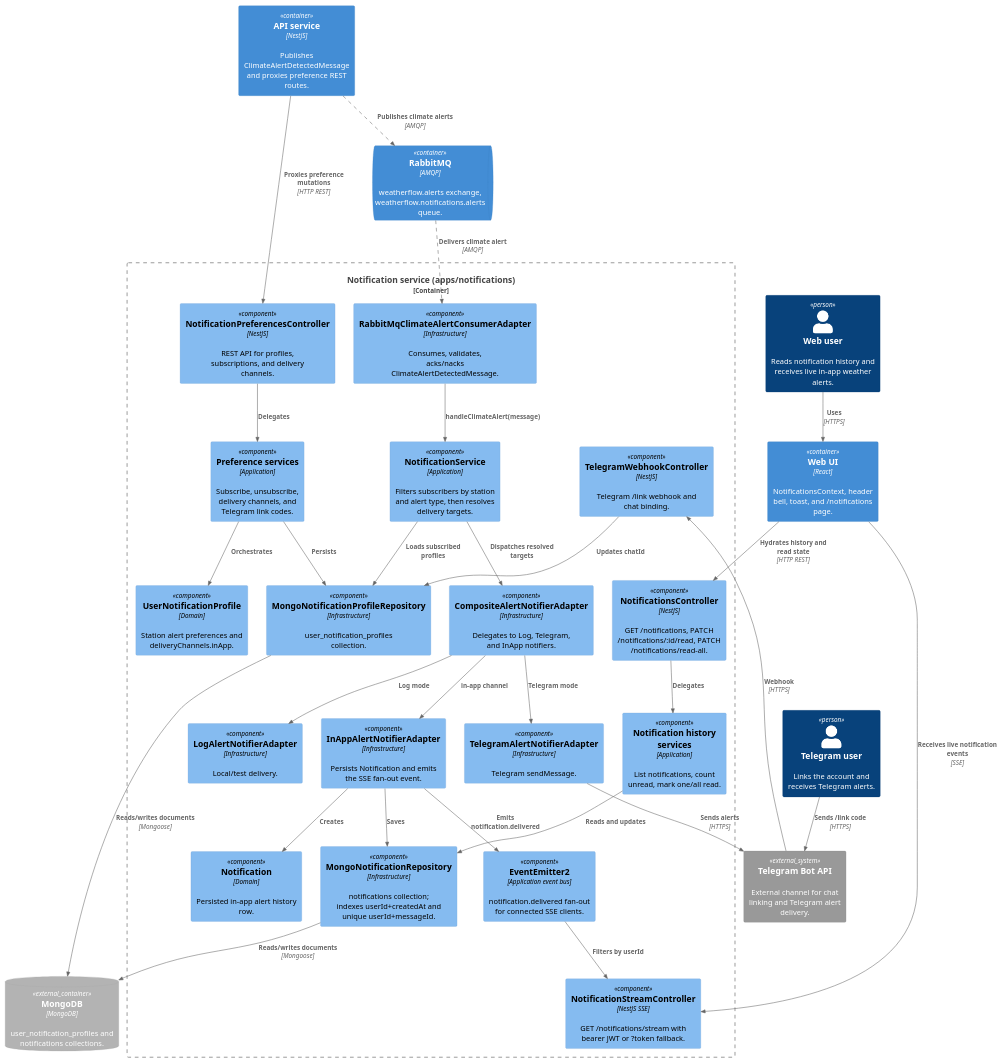
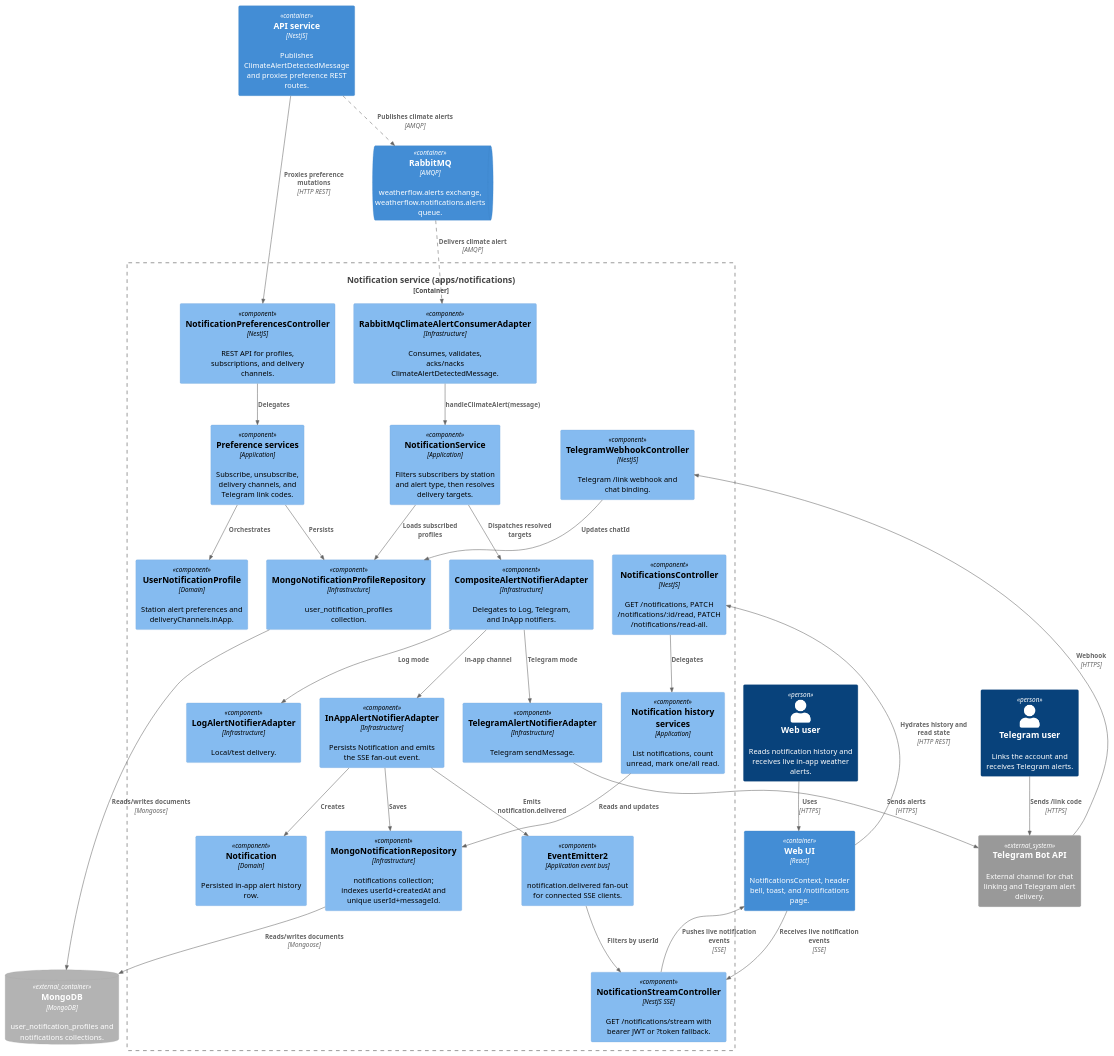
One commit to LattanzioB/WheaterFlow changed the diagram in docs/architecture/c4/c4_level_3_notifications.plantuml. Above: the diagram before and after it, drawn with PlantUML. The commit also changed 3 other files, not shown here.

Commit message:
docs: show web in-app notification delivery

```diff
--- a/docs/architecture/c4/c4_level_3_notifications.plantuml
+++ b/docs/architecture/c4/c4_level_3_notifications.plantuml
@@ -1,70 +1,71 @@
 @startuml c4_level_3_notifications
 !include https://raw.githubusercontent.com/plantuml-stdlib/C4-PlantUML/master/C4_Component.puml
 
 AddRelTag("async", $lineStyle=DashedLine())
 
 LAYOUT_TOP_DOWN()
 
 Person(webUser, "Web user", "Reads notification history and receives live in-app weather alerts.")
 Person(telegramUser, "Telegram user", "Links the account and receives Telegram alerts.")
 
 System_Ext(telegram, "Telegram Bot API", "External channel for chat linking and Telegram alert delivery.")
 
 Container(web, "Web UI", "React", "NotificationsContext, header bell, toast, and /notifications page.")
 Container(api, "API service", "NestJS", "Publishes ClimateAlertDetectedMessage and proxies preference REST routes.")
 
 Container_Boundary(notifications, "Notification service (apps/notifications)") {
   Component(prefsController, "NotificationPreferencesController", "NestJS", "REST API for profiles, subscriptions, and delivery channels.")
   Component(historyController, "NotificationsController", "NestJS", "GET /notifications, PATCH /notifications/:id/read, PATCH /notifications/read-all.")
   Component(streamController, "NotificationStreamController", "NestJS SSE", "GET /notifications/stream with bearer JWT or ?token fallback.")
   Component(telegramWebhook, "TelegramWebhookController", "NestJS", "Telegram /link webhook and chat binding.")
   Component(preferenceServices, "Preference services", "Application", "Subscribe, unsubscribe, delivery channels, and Telegram link codes.")
   Component(historyServices, "Notification history services", "Application", "List notifications, count unread, mark one/all read.")
   Component(notificationService, "NotificationService", "Application", "Filters subscribers by station and alert type, then resolves delivery targets.")
   Component(eventBus, "EventEmitter2", "Application event bus", "notification.delivered fan-out for connected SSE clients.")
   Component(profileAggregate, "UserNotificationProfile", "Domain", "Station alert preferences and deliveryChannels.inApp.")
   Component(notificationEntity, "Notification", "Domain", "Persisted in-app alert history row.")
   Component(profileRepository, "MongoNotificationProfileRepository", "Infrastructure", "user_notification_profiles collection.")
   Component(notificationRepository, "MongoNotificationRepository", "Infrastructure", "notifications collection; indexes userId+createdAt and unique userId+messageId.")
   Component(consumer, "RabbitMqClimateAlertConsumerAdapter", "Infrastructure", "Consumes, validates, acks/nacks ClimateAlertDetectedMessage.")
   Component(compositeNotifier, "CompositeAlertNotifierAdapter", "Infrastructure", "Delegates to Log, Telegram, and InApp notifiers.")
   Component(logNotifier, "LogAlertNotifierAdapter", "Infrastructure", "Local/test delivery.")
   Component(telegramNotifier, "TelegramAlertNotifierAdapter", "Infrastructure", "Telegram sendMessage.")
   Component(inAppNotifier, "InAppAlertNotifierAdapter", "Infrastructure", "Persists Notification and emits the SSE fan-out event.")
 }
 
 ContainerDb_Ext(mongo, "MongoDB", "MongoDB", "user_notification_profiles and notifications collections.")
 ContainerQueue(rabbit, "RabbitMQ", "AMQP", "weatherflow.alerts exchange, weatherflow.notifications.alerts queue.")
 
 Rel(webUser, web, "Uses", "HTTPS")
 Rel(web, historyController, "Hydrates history and read state", "HTTP REST")
 Rel(web, streamController, "Receives live notification events", "SSE")
+Rel(streamController, web, "Pushes live notification events", "SSE")
 Rel(api, prefsController, "Proxies preference mutations", "HTTP REST")
 Rel(api, rabbit, "Publishes climate alerts", "AMQP", $tags="async")
 Rel(telegramUser, telegram, "Sends /link code", "HTTPS")
 Rel(telegram, telegramWebhook, "Webhook", "HTTPS")
 
 Rel(prefsController, preferenceServices, "Delegates")
 Rel(preferenceServices, profileAggregate, "Orchestrates")
 Rel(preferenceServices, profileRepository, "Persists")
 Rel(historyController, historyServices, "Delegates")
 Rel(historyServices, notificationRepository, "Reads and updates")
 Rel(telegramWebhook, profileRepository, "Updates chatId")
 
 Rel(rabbit, consumer, "Delivers climate alert", "AMQP", $tags="async")
 Rel(consumer, notificationService, "handleClimateAlert(message)")
 Rel(notificationService, profileRepository, "Loads subscribed profiles")
 Rel(notificationService, compositeNotifier, "Dispatches resolved targets")
 Rel(compositeNotifier, logNotifier, "Log mode")
 Rel(compositeNotifier, telegramNotifier, "Telegram mode")
 Rel(compositeNotifier, inAppNotifier, "in-app channel")
 Rel(inAppNotifier, notificationRepository, "Saves")
 Rel(inAppNotifier, notificationEntity, "Creates")
 Rel(inAppNotifier, eventBus, "Emits notification.delivered")
 Rel(eventBus, streamController, "Filters by userId")
 
 Rel(profileRepository, mongo, "Reads/writes documents", "Mongoose")
 Rel(notificationRepository, mongo, "Reads/writes documents", "Mongoose")
 Rel(telegramNotifier, telegram, "Sends alerts", "HTTPS")
 
 @enduml
```
